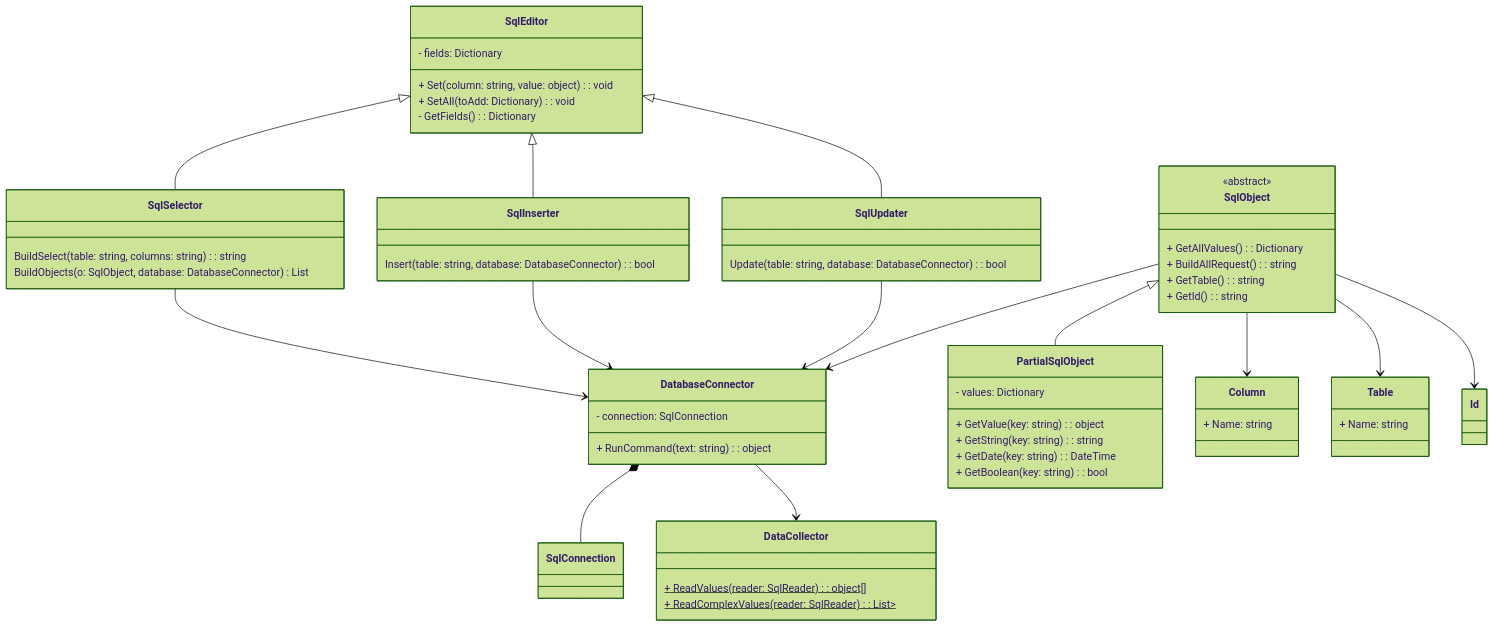
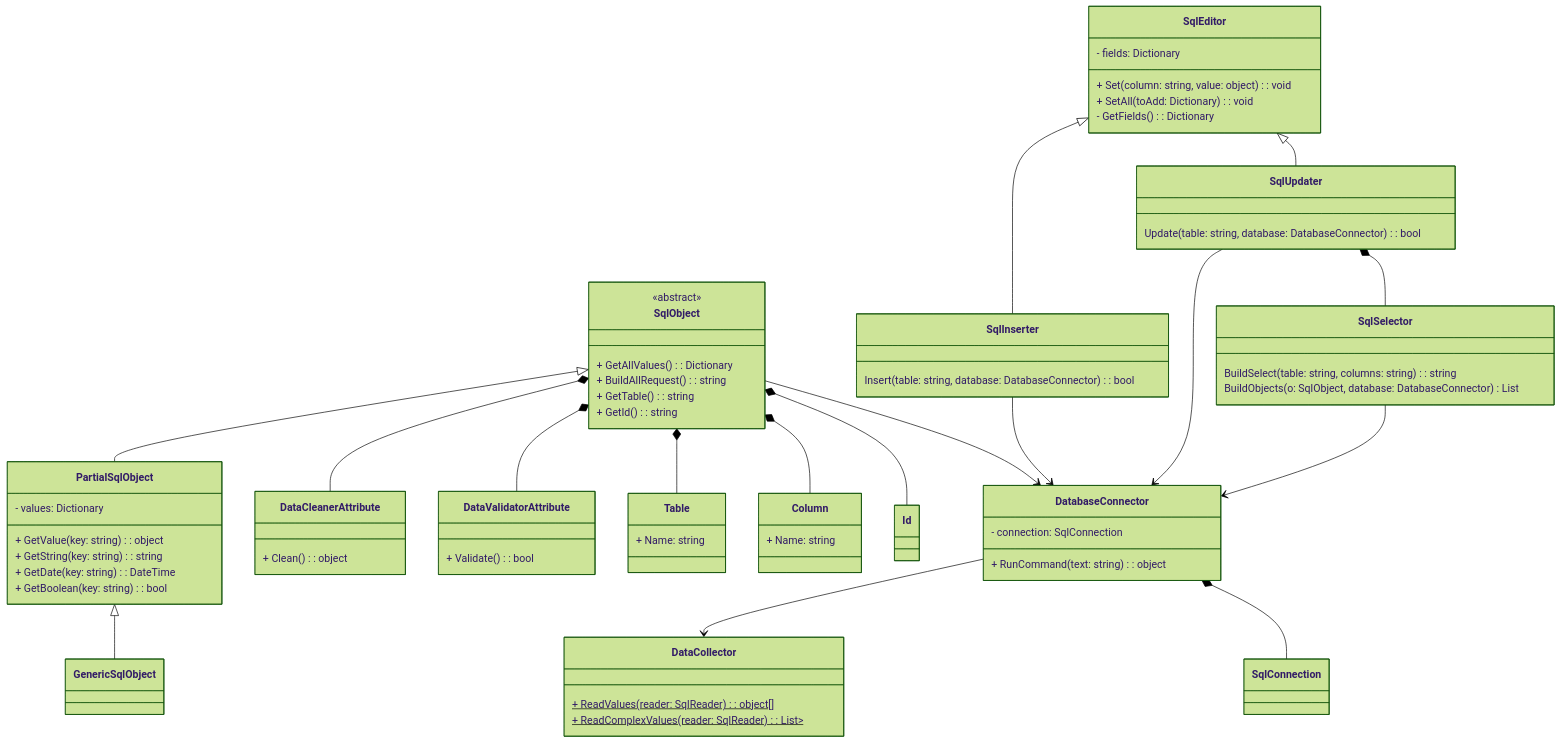
Before and after one commit to POeticPotatoes/Truffle: the diagram in README.md, drawn with Mermaid (forest theme). The commit also changed other lines of this file and 11 other files, not shown here.

Commit message:
Update SqlSelector and add xml documentation

```diff
--- a/README.md
+++ b/README.md
@@ -72,12 +85,22 @@
     + GetBoolean(key: string): bool
 }
 
+class GenericSqlObject
+
 class Column {
     + Name: string
 }
 
 class Table {
     + Name: string
+}
+
+class DataValidatorAttribute {
+    + Validate(): bool
+}
+
+class DataCleanerAttribute {
+    + Clean(): object
 }
 
 class Id
@@ -105,13 +128,16 @@
 DatabaseConnector *-- SqlConnection
 DatabaseConnector --> DataCollector
 SqlObject --> DatabaseConnector
-SqlObject --> Id
-SqlObject --> Column
-SqlObject --> Table
+SqlObject *-- Id
+SqlObject *-- Column
+SqlObject *-- Table
+SqlObject *-- DataValidatorAttribute
+SqlObject *-- DataCleanerAttribute
 SqlObject <|-- PartialSqlObject
+PartialSqlObject <|-- GenericSqlObject
 SqlEditor <|-- SqlUpdater
 SqlEditor <|-- SqlInserter
-SqlEditor <|-- SqlSelector
+SqlUpdater *-- SqlSelector
 SqlUpdater --> DatabaseConnector
 SqlInserter --> DatabaseConnector
 SqlSelector --> DatabaseConnector
```
